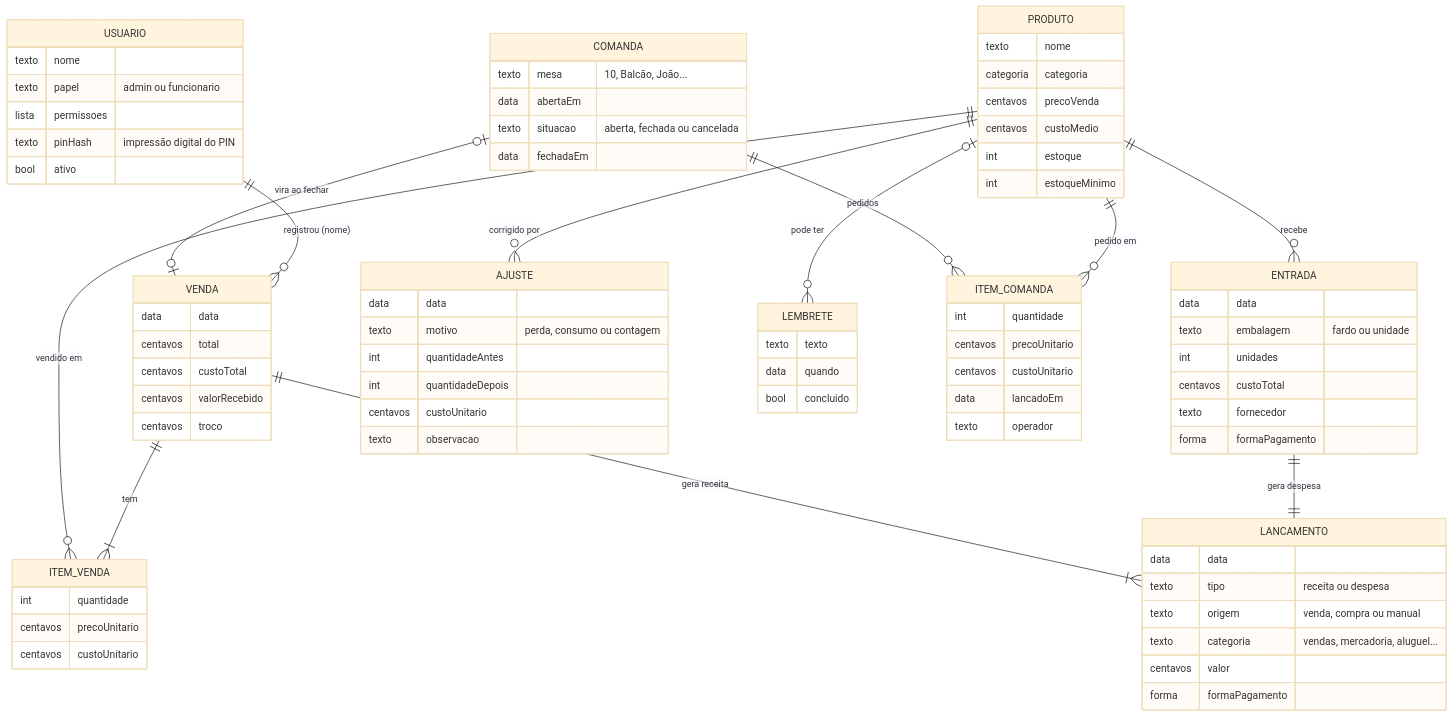
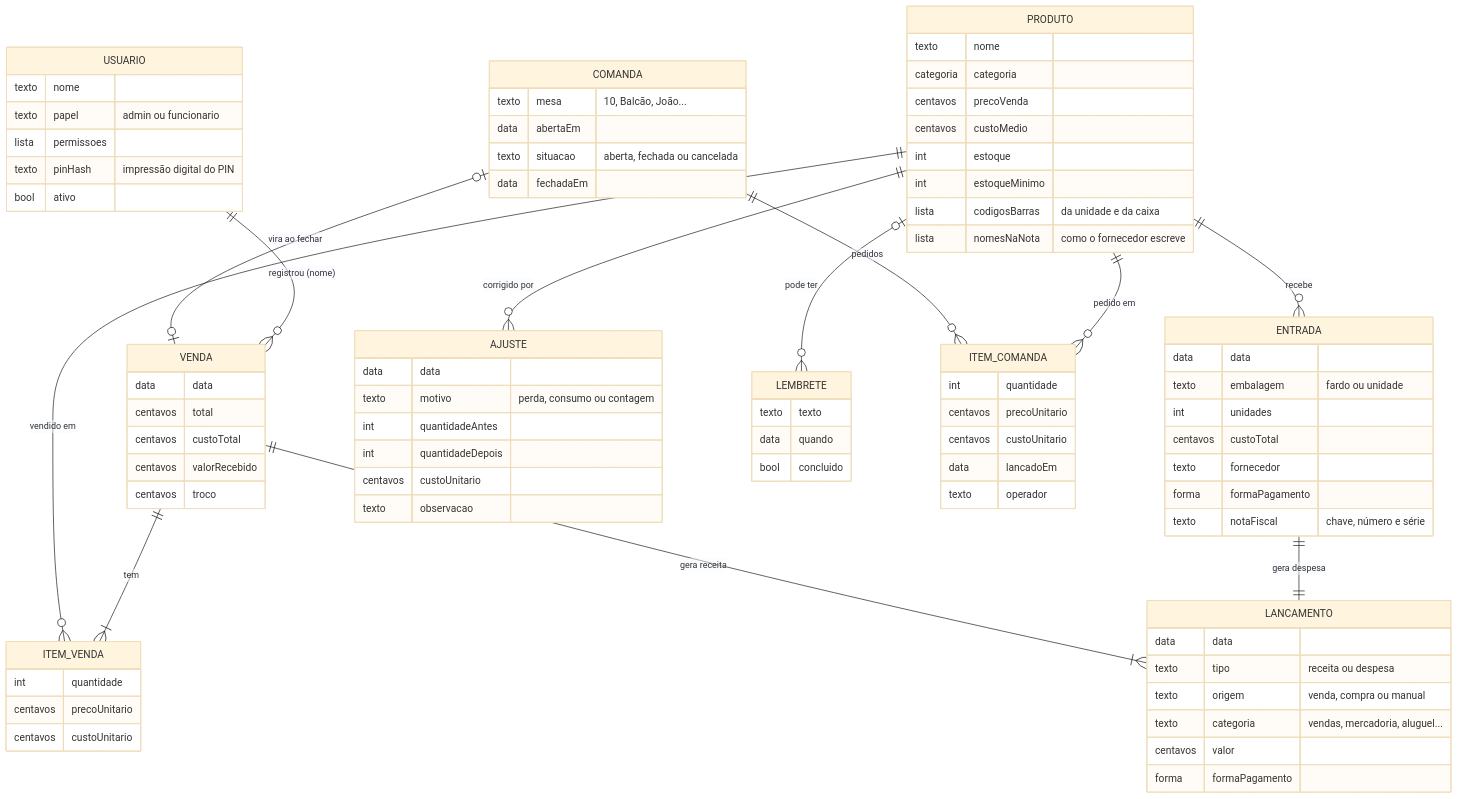
Before and after one commit to Diogo632/Adegas: the seventh of 7 diagrams in docs/FLUXO.md, drawn with Mermaid (base theme). The commit also changed other lines of this file and 41 other files, not shown here.

First line of the commit message:
Entrada pela nota fiscal: bipar a nota pelo celular no app e no painel

```diff
--- a/docs/FLUXO.md
+++ b/docs/FLUXO.md
@@ -283,6 +333,8 @@
         centavos custoMedio
         int estoque
         int estoqueMinimo
+        lista codigosBarras "da unidade e da caixa"
+        lista nomesNaNota "como o fornecedor escreve"
     }
     ENTRADA {
         data data
@@ -291,6 +343,7 @@
         centavos custoTotal
         texto fornecedor
         forma formaPagamento
+        texto notaFiscal "chave, número e série"
     }
     VENDA {
         data data
```
